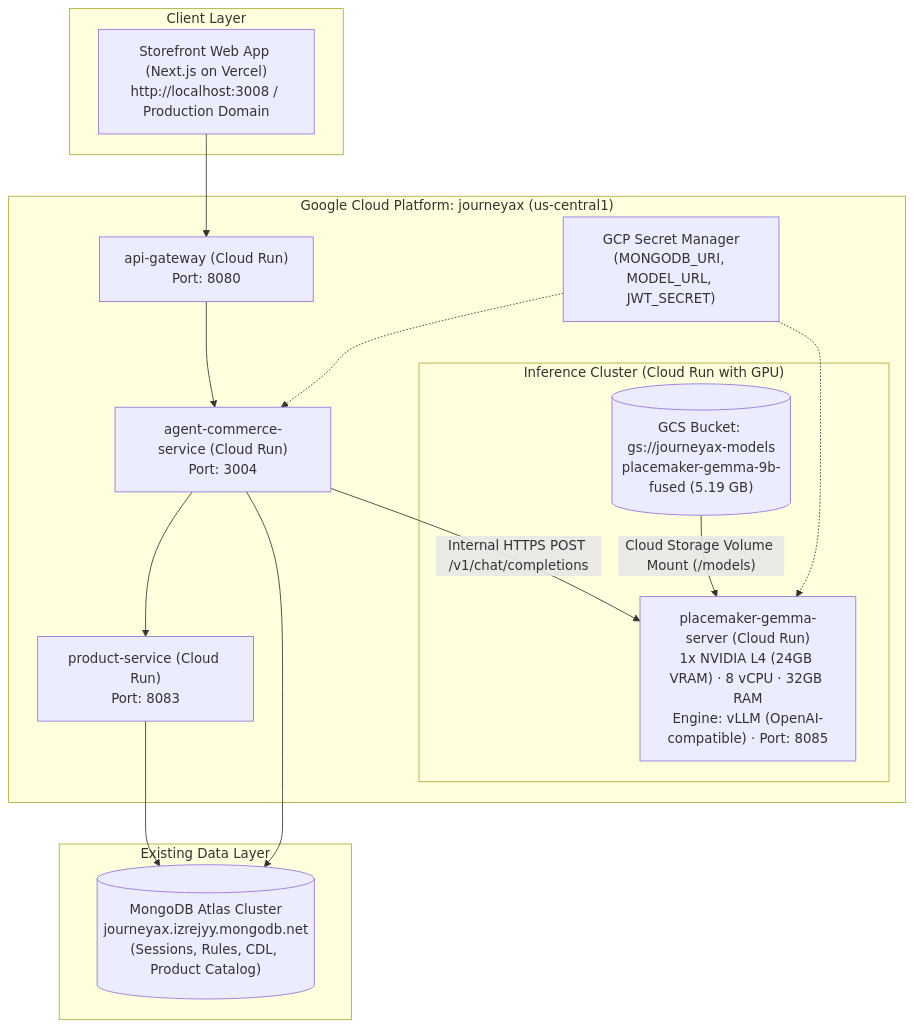
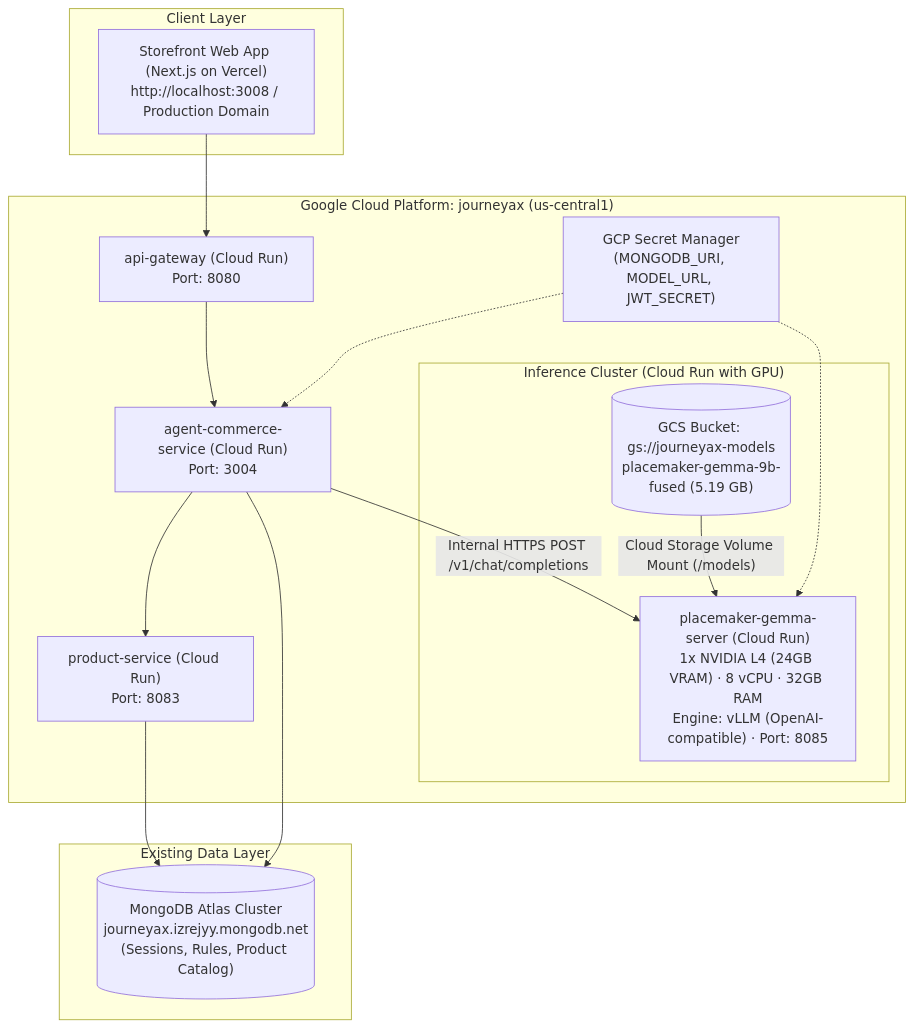
One commit to JourneyAX/JourneyAX changed the first of 2 diagrams in docs/journeyax-placemakers-gemma-gcp-deployment.md. Above: the diagram before and after it, drawn with Mermaid. The commit also changed 20 other files, not shown here.

````diff
--- a/docs/journeyax-placemakers-gemma-gcp-deployment.md
+++ b/docs/journeyax-placemakers-gemma-gcp-deployment.md
@@ -24,33 +24,33 @@
 ```mermaid
 flowchart TD
     subgraph Client ["Client Layer"]
         Storefront["Storefront Web App (Next.js on Vercel)<br/>http://localhost:3008 / Production Domain"]
     end
 
     subgraph GCP ["Google Cloud Platform: journeyax (us-central1)"]
         Gateway["api-gateway (Cloud Run)<br/>Port: 8080"]
         AgentCommerce["agent-commerce-service (Cloud Run)<br/>Port: 3004"]
         ProductService["product-service (Cloud Run)<br/>Port: 8083"]
         SecretMgr["GCP Secret Manager<br/>(MONGODB_URI, MODEL_URL, JWT_SECRET)"]
 
         subgraph ModelServing ["Inference Cluster (Cloud Run with GPU)"]
             GCS[("GCS Bucket: gs://journeyax-models<br/>placemaker-gemma-9b-fused (5.19 GB)")]
             GemmaServer["placemaker-gemma-server (Cloud Run)<br/>1x NVIDIA L4 (24GB VRAM) · 8 vCPU · 32GB RAM<br/>Engine: vLLM (OpenAI-compatible) · Port: 8085"]
         end
     end
 
     subgraph Database ["Existing Data Layer"]
-        Atlas[("MongoDB Atlas Cluster<br/>journeyax.izrejyy.mongodb.net<br/>(Sessions, Rules, CDL, Product Catalog)")]
+        Atlas[("MongoDB Atlas Cluster<br/>journeyax.izrejyy.mongodb.net<br/>(Sessions, Rules, Product Catalog)")]
     end
 
     Storefront --> Gateway
     Gateway --> AgentCommerce
     AgentCommerce --> ProductService
     ProductService --> Atlas
     AgentCommerce --> Atlas
     SecretMgr -.-> AgentCommerce
     SecretMgr -.-> GemmaServer
     
     GCS -- "Cloud Storage Volume Mount (/models)" --> GemmaServer
     AgentCommerce -- "Internal HTTPS POST /v1/chat/completions" --> GemmaServer
 ```
````
